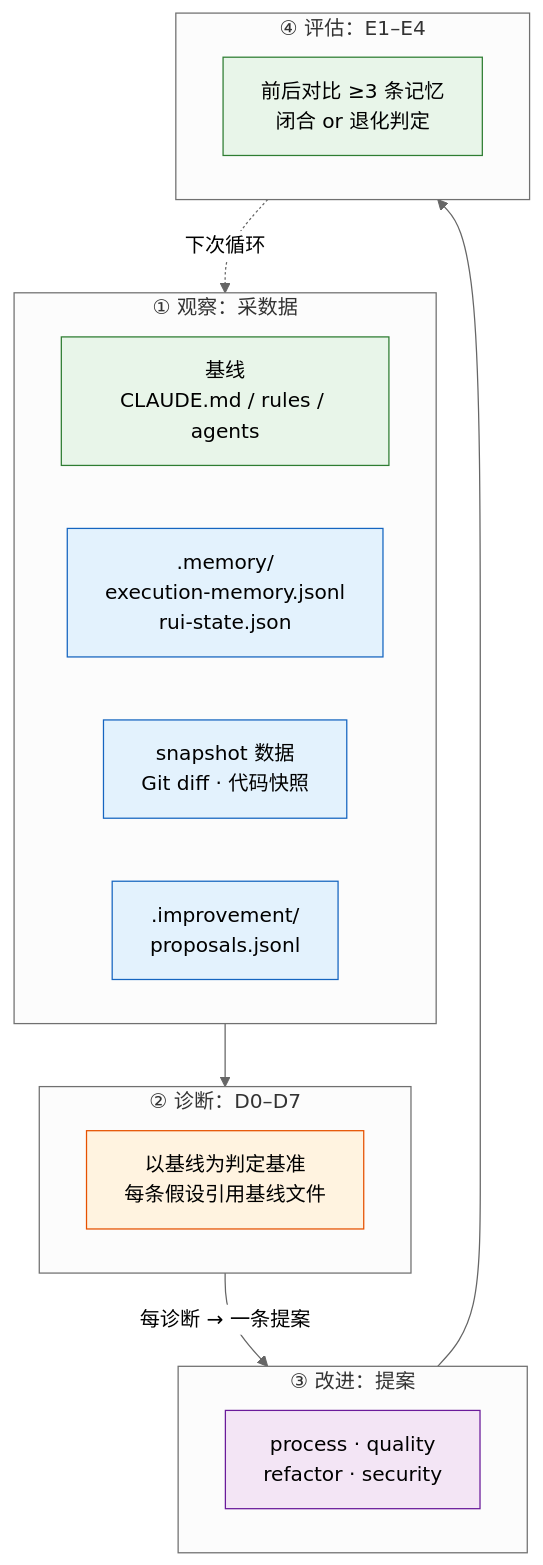
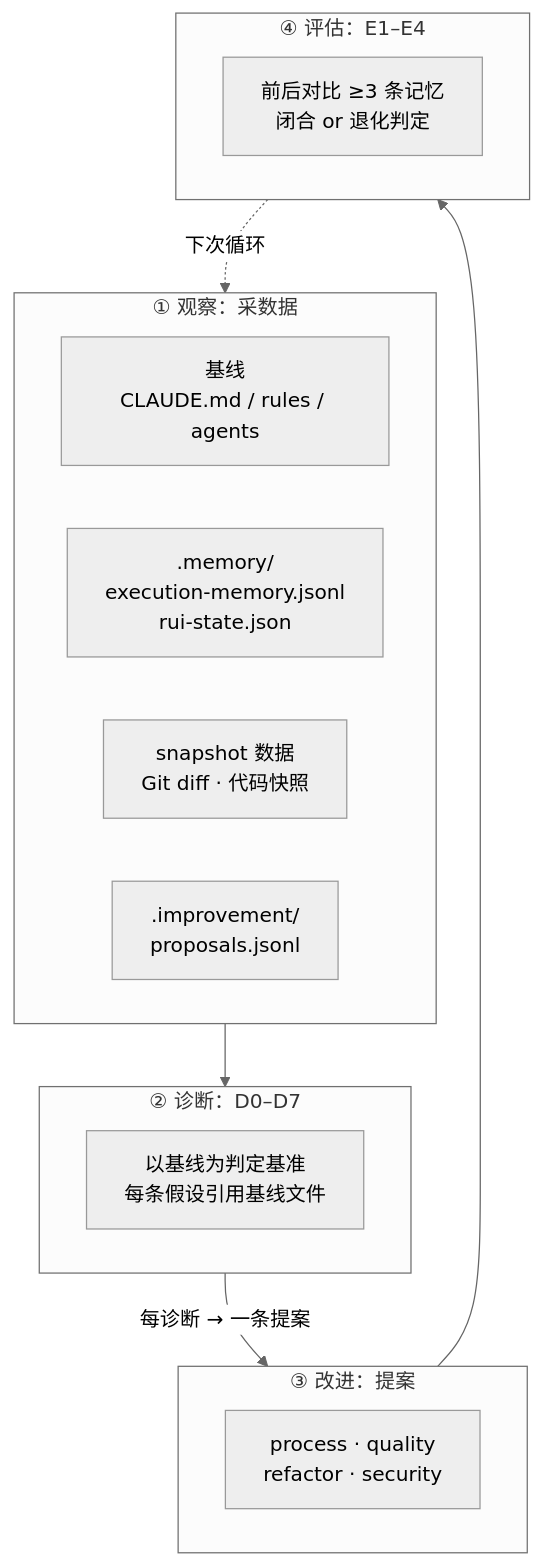
The first of 11 diagrams in rules/self-improve.md (effiy/YrY), drawn with Mermaid (neutral theme) before and after one commit. The commit also changed other lines of this file and 61 other files, not shown here.

````diff
--- a/rules/self-improve.md
+++ b/rules/self-improve.md
@@ -15,32 +15,27 @@
 ```mermaid
 flowchart TB
     subgraph 观察["① 观察：采数据"]
         BASE["基线<br/>CLAUDE.md / rules / agents"]:::base
         EXEC[".memory/<br/>execution-memory.jsonl<br/>rui-state.json"]:::data
         SNAP["snapshot 数据<br/>Git diff · 代码快照"]:::data
         PROP[".improvement/<br/>proposals.jsonl"]:::data
     end
 
     subgraph 诊断["② 诊断：D0–D7"]
         D_ALL["以基线为判定基准<br/>每条假设引用基线文件"]:::diag
     end
 
     subgraph 改进["③ 改进：提案"]
         PRC["process · quality<br/>refactor · security"]:::prop
     end
 
     subgraph 评估["④ 评估：E1–E4"]
         EVAL["前后对比 ≥3 条记忆<br/>闭合 or 退化判定"]:::eval
     end
 
     观察 --> 诊断
     诊断 -->|"每诊断 → 一条提案"| 改进
     改进 --> 评估
     评估 -.->|"下次循环"| 观察
 
-    classDef base fill:#e8f5e9,stroke:#2e7d32;
-    classDef data fill:#e3f2fd,stroke:#1565c0;
-    classDef diag fill:#fff3e0,stroke:#e65100;
-    classDef prop fill:#f3e5f5,stroke:#6a1b9a;
-    classDef eval fill:#e8f5e9,stroke:#2e7d32;
 ```
````
